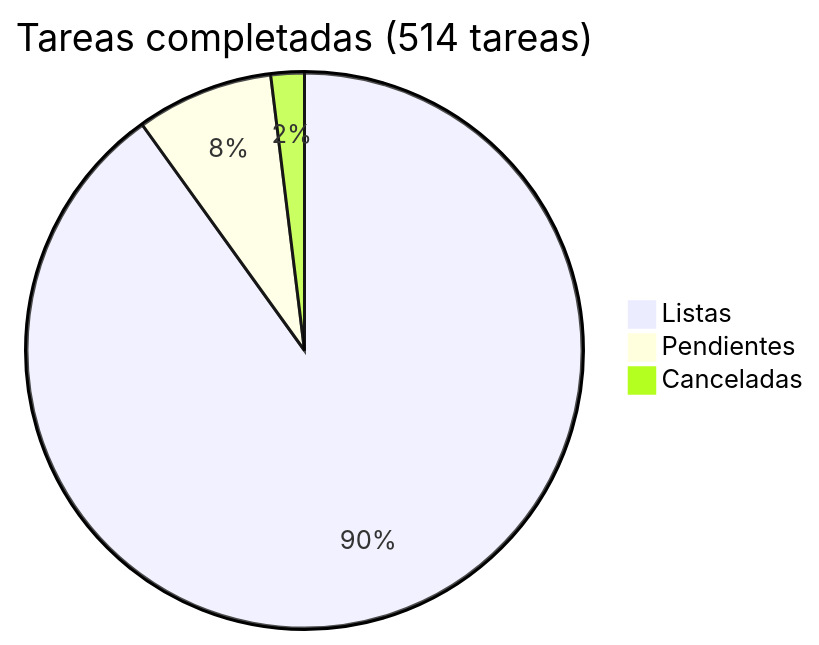
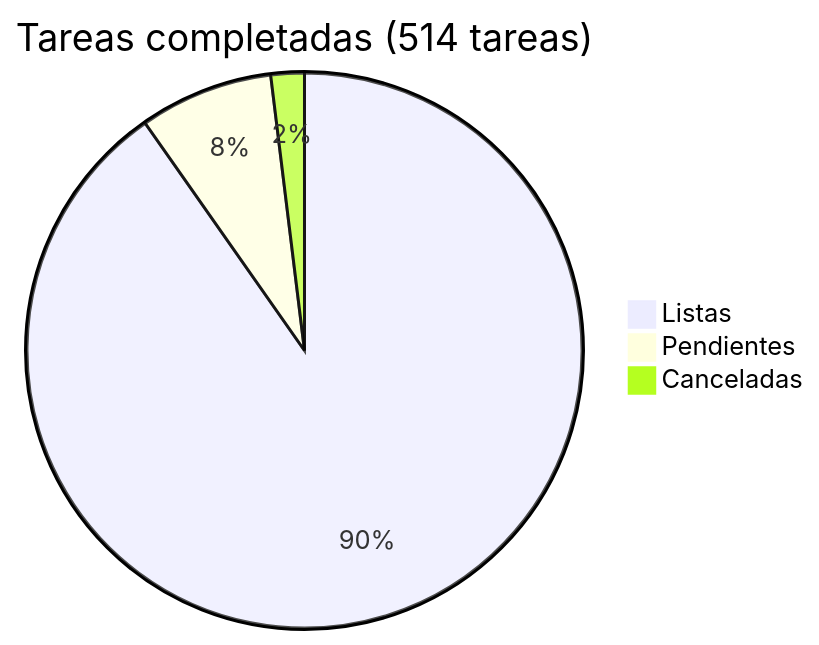
Before and after one commit to araguaney-lat/araguaney: the diagram in docs/roadmap/README.md, drawn with Mermaid. The commit also changed other lines of this file and 5 other files, not shown here.

````diff
--- a/docs/roadmap/README.md
+++ b/docs/roadmap/README.md
@@ -5,6 +5,6 @@
 ```mermaid
 pie title Tareas completadas (514 tareas)
-    "Listas" : 463
-    "Pendientes" : 41
+    "Listas" : 464
+    "Pendientes" : 40
     "Canceladas" : 10
 ```
````
